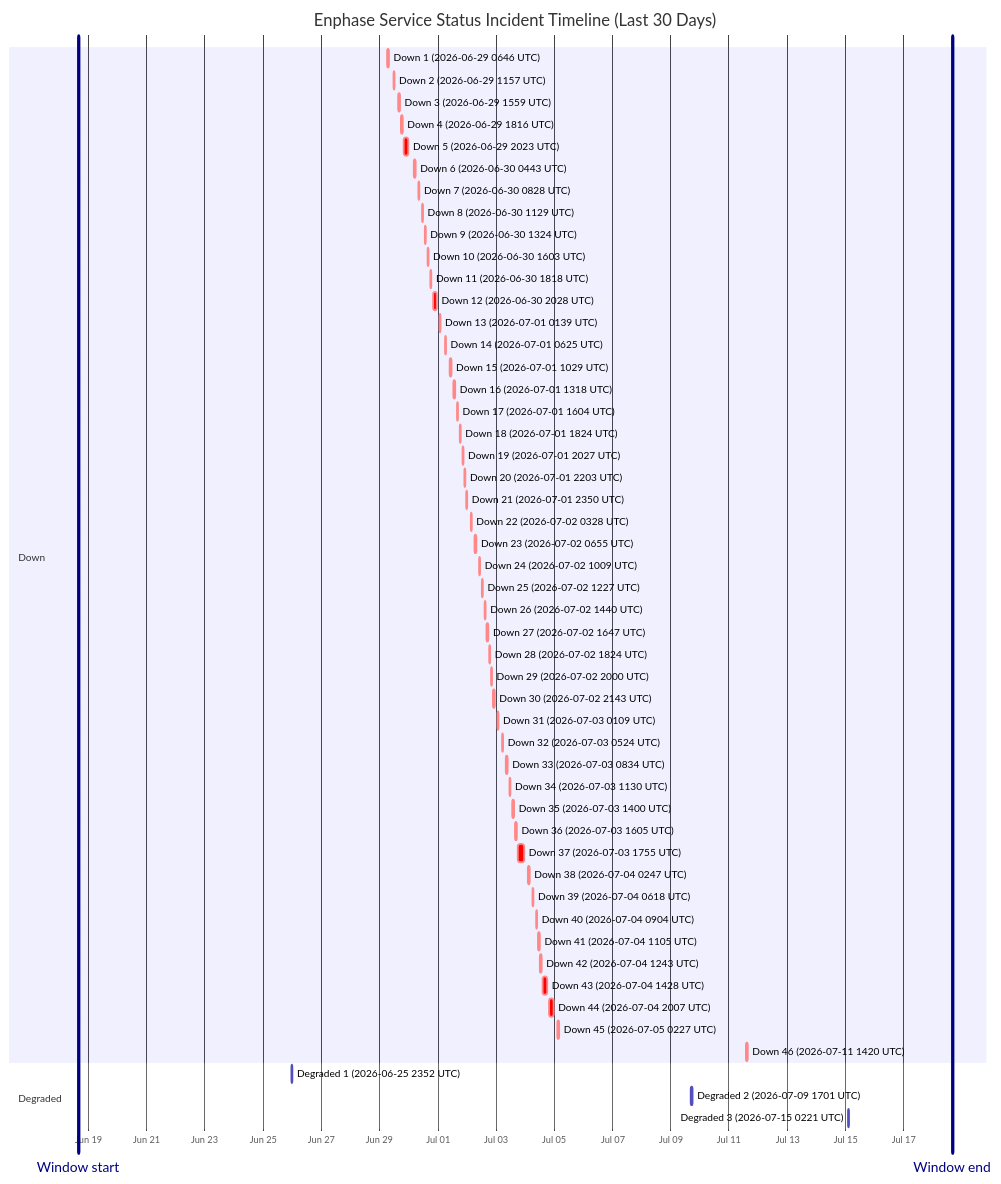
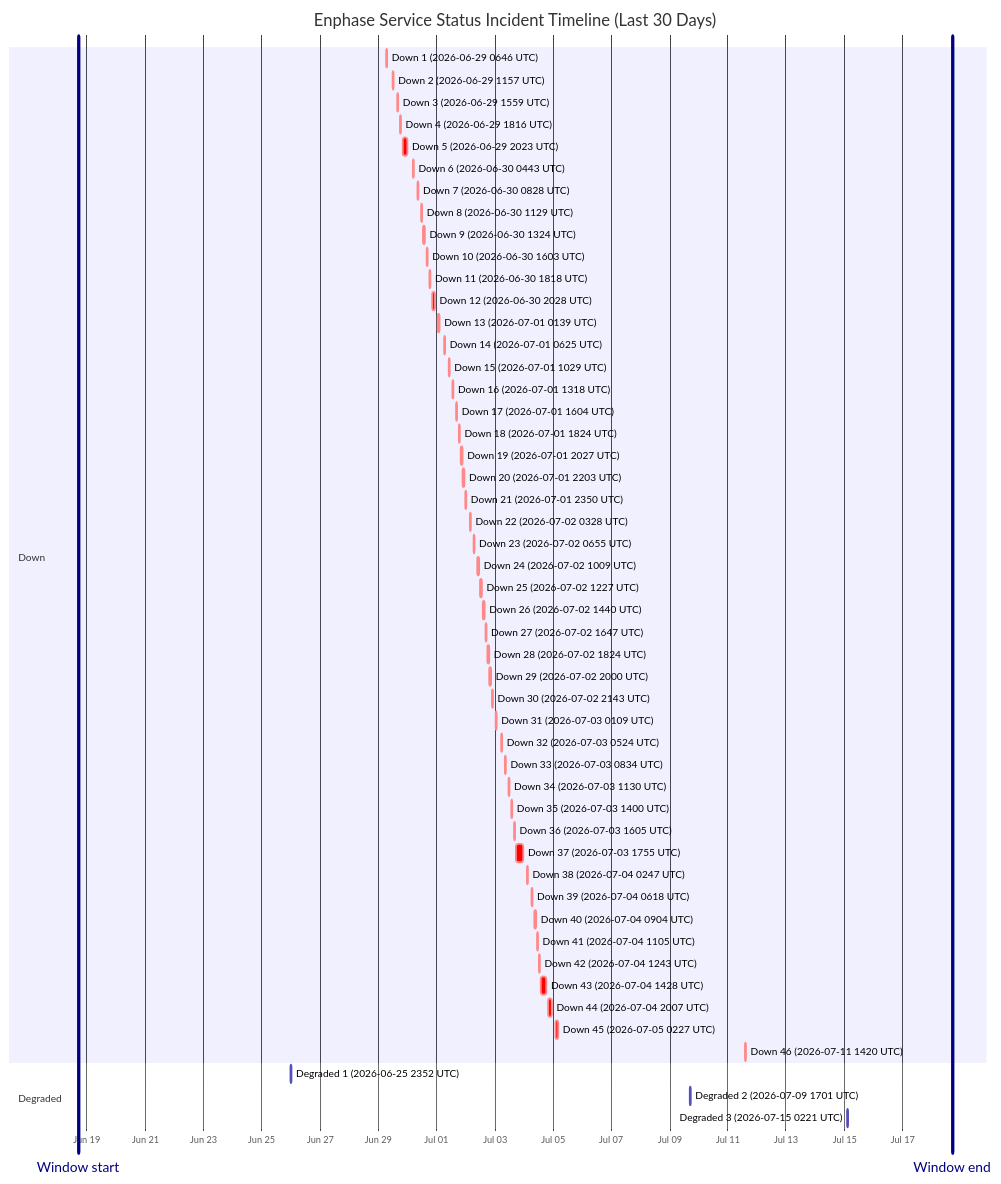
One commit to barneyonline/ha-enphase-energy changed the diagram in wiki/Service-Status-History.md. Above: the diagram before and after it, drawn with Mermaid. The commit also changed other lines of this file and 3 other files, not shown here.

````diff
--- a/wiki/Service-Status-History.md
+++ b/wiki/Service-Status-History.md
@@ -14,59 +14,59 @@
 ```mermaid
 gantt
     title Enphase Service Status Incident Timeline (Last 30 Days)
     dateFormat  YYYY-MM-DDTHH:mm:ss
     axisFormat  %b %d
-    Window start :vert, window-start, 2026-06-18T15:55:24, 0ms
-    Window end :vert, window-end, 2026-07-18T15:55:24, 0ms
+    Window start :vert, window-start, 2026-06-18T16:56:45, 0ms
+    Window end :vert, window-end, 2026-07-18T16:56:45, 0ms
     section Down
     Down 1 (2026-06-29 0646 UTC) :crit, down-1, 2026-06-29T06:46:18, 60m
     Down 2 (2026-06-29 1157 UTC) :crit, down-2, 2026-06-29T11:57:36, 60m
     Down 3 (2026-06-29 1559 UTC) :crit, down-3, 2026-06-29T15:59:02, 60m
     Down 4 (2026-06-29 1816 UTC) :crit, down-4, 2026-06-29T18:16:38, 60m
     Down 5 (2026-06-29 2023 UTC) :crit, down-5, 2026-06-29T20:23:16, 220m
     Down 6 (2026-06-30 0443 UTC) :crit, down-6, 2026-06-30T04:43:54, 60m
     Down 7 (2026-06-30 0828 UTC) :crit, down-7, 2026-06-30T08:28:43, 60m
     Down 8 (2026-06-30 1129 UTC) :crit, down-8, 2026-06-30T11:29:15, 60m
     Down 9 (2026-06-30 1324 UTC) :crit, down-9, 2026-06-30T13:24:25, 60m
     Down 10 (2026-06-30 1603 UTC) :crit, down-10, 2026-06-30T16:03:26, 60m
     Down 11 (2026-06-30 1818 UTC) :crit, down-11, 2026-06-30T18:18:39, 60m
     Down 12 (2026-06-30 2028 UTC) :crit, down-12, 2026-06-30T20:28:54, 171m
     Down 13 (2026-07-01 0139 UTC) :crit, down-13, 2026-07-01T01:39:18, 60m
     Down 14 (2026-07-01 0625 UTC) :crit, down-14, 2026-07-01T06:25:35, 60m
     Down 15 (2026-07-01 1029 UTC) :crit, down-15, 2026-07-01T10:29:24, 60m
     Down 16 (2026-07-01 1318 UTC) :crit, down-16, 2026-07-01T13:18:31, 60m
     Down 17 (2026-07-01 1604 UTC) :crit, down-17, 2026-07-01T16:04:29, 60m
     Down 18 (2026-07-01 1824 UTC) :crit, down-18, 2026-07-01T18:24:21, 60m
     Down 19 (2026-07-01 2027 UTC) :crit, down-19, 2026-07-01T20:27:17, 60m
     Down 20 (2026-07-01 2203 UTC) :crit, down-20, 2026-07-01T22:03:46, 60m
     Down 21 (2026-07-01 2350 UTC) :crit, down-21, 2026-07-01T23:50:52, 60m
     Down 22 (2026-07-02 0328 UTC) :crit, down-22, 2026-07-02T03:28:33, 60m
     Down 23 (2026-07-02 0655 UTC) :crit, down-23, 2026-07-02T06:55:07, 60m
     Down 24 (2026-07-02 1009 UTC) :crit, down-24, 2026-07-02T10:09:15, 60m
     Down 25 (2026-07-02 1227 UTC) :crit, down-25, 2026-07-02T12:27:49, 60m
     Down 26 (2026-07-02 1440 UTC) :crit, down-26, 2026-07-02T14:40:53, 60m
     Down 27 (2026-07-02 1647 UTC) :crit, down-27, 2026-07-02T16:47:47, 60m
     Down 28 (2026-07-02 1824 UTC) :crit, down-28, 2026-07-02T18:24:26, 60m
     Down 29 (2026-07-02 2000 UTC) :crit, down-29, 2026-07-02T20:00:57, 60m
     Down 30 (2026-07-02 2143 UTC) :crit, down-30, 2026-07-02T21:43:52, 80m
     Down 31 (2026-07-03 0109 UTC) :crit, down-31, 2026-07-03T01:09:19, 60m
     Down 32 (2026-07-03 0524 UTC) :crit, down-32, 2026-07-03T05:24:23, 60m
     Down 33 (2026-07-03 0834 UTC) :crit, down-33, 2026-07-03T08:34:05, 60m
     Down 34 (2026-07-03 1130 UTC) :crit, down-34, 2026-07-03T11:30:41, 60m
     Down 35 (2026-07-03 1400 UTC) :crit, down-35, 2026-07-03T14:00:48, 60m
     Down 36 (2026-07-03 1605 UTC) :crit, down-36, 2026-07-03T16:05:49, 60m
     Down 37 (2026-07-03 1755 UTC) :crit, down-37, 2026-07-03T17:55:54, 338m
     Down 38 (2026-07-04 0247 UTC) :crit, down-38, 2026-07-04T02:47:22, 60m
     Down 39 (2026-07-04 0618 UTC) :crit, down-39, 2026-07-04T06:18:09, 60m
     Down 40 (2026-07-04 0904 UTC) :crit, down-40, 2026-07-04T09:04:41, 60m
     Down 41 (2026-07-04 1105 UTC) :crit, down-41, 2026-07-04T11:05:21, 60m
     Down 42 (2026-07-04 1243 UTC) :crit, down-42, 2026-07-04T12:43:25, 60m
     Down 43 (2026-07-04 1428 UTC) :crit, down-43, 2026-07-04T14:28:07, 243m
     Down 44 (2026-07-04 2007 UTC) :crit, down-44, 2026-07-04T20:07:50, 206m
     Down 45 (2026-07-05 0227 UTC) :crit, down-45, 2026-07-05T02:27:32, 109m
     Down 46 (2026-07-11 1420 UTC) :crit, down-46, 2026-07-11T14:20:54, 69m
     section Degraded
     Degraded 1 (2026-06-25 2352 UTC) :active, degraded-1, 2026-06-25T23:52:01, 60m
     Degraded 2 (2026-07-09 1701 UTC) :active, degraded-2, 2026-07-09T17:01:02, 60m
     Degraded 3 (2026-07-15 0221 UTC) :active, degraded-3, 2026-07-15T02:21:35, 60m
 ```
````
